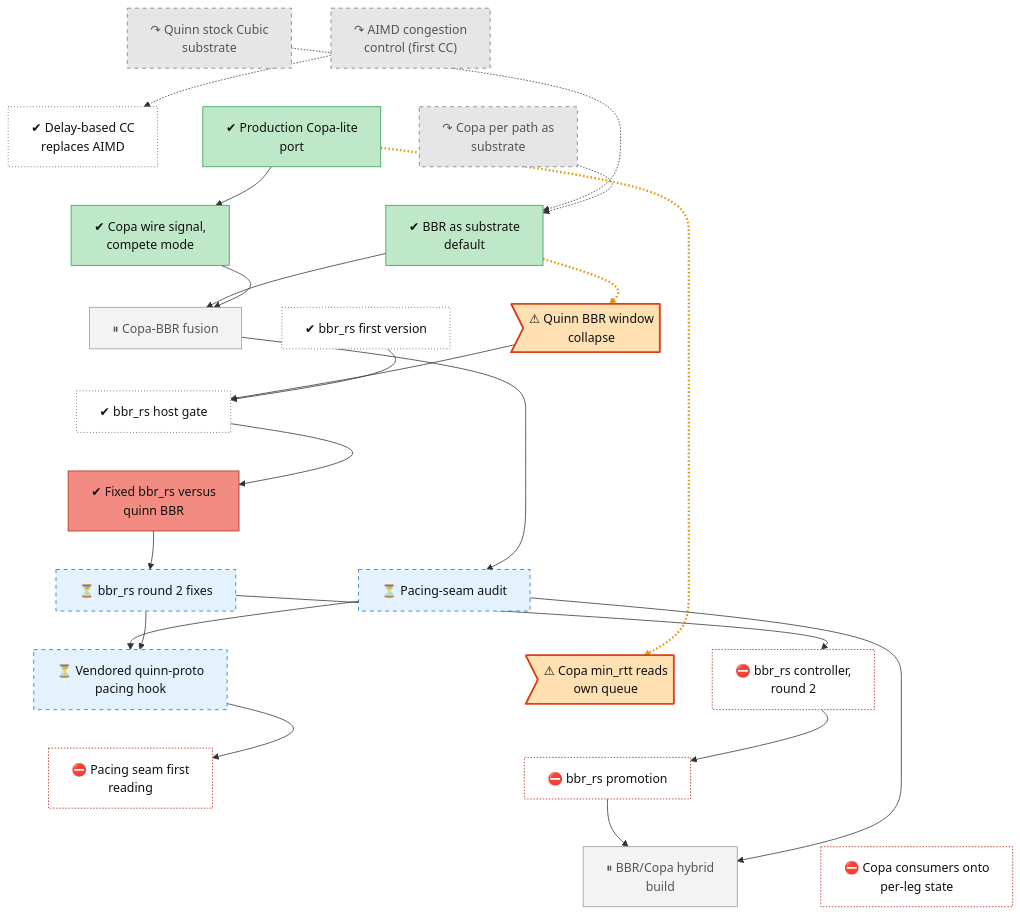
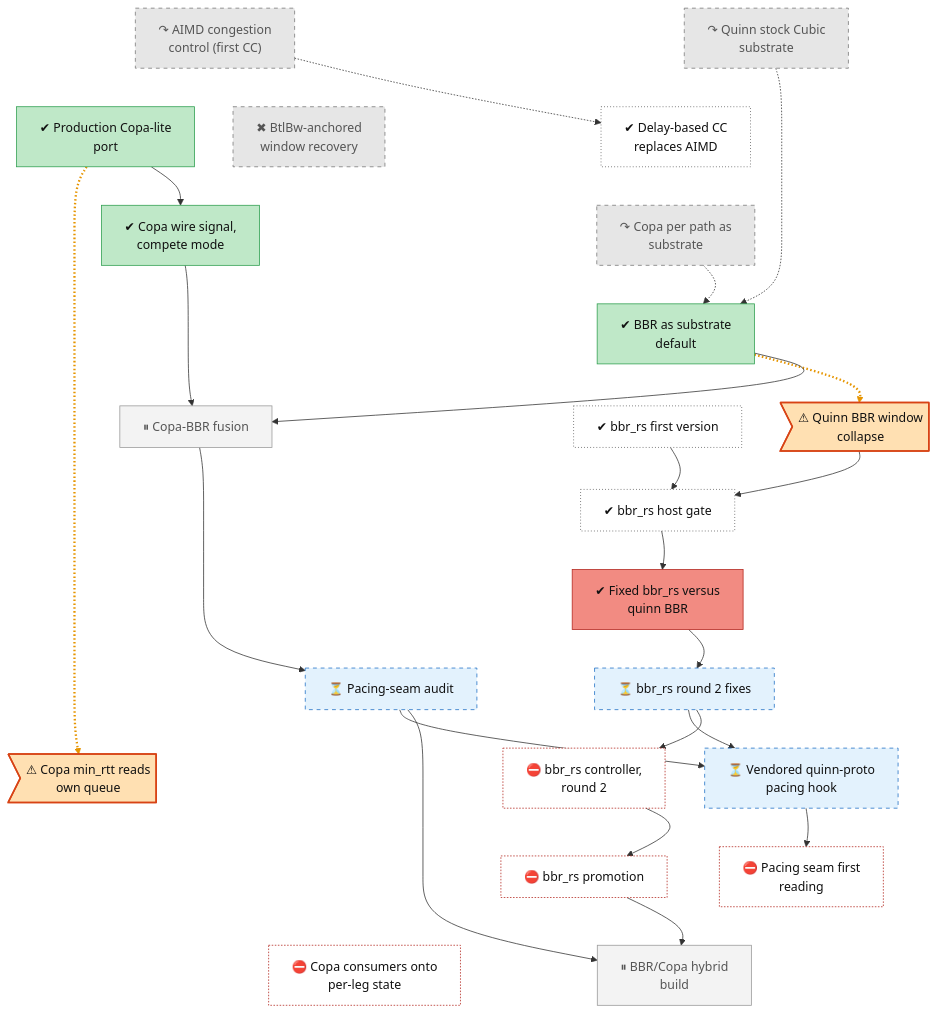
One commit to lhns/raptorpath changed the diagram in docs/roadmap/tracks/cc.md. Above: the diagram before and after it, drawn with Mermaid. The commit also changed other lines of this file and 11 other files, not shown here.

First line of the commit message:
roadmap: backfill pre-November history from the gap scan

```diff
--- a/docs/roadmap/tracks/cc.md
+++ b/docs/roadmap/tracks/cc.md
@@ -13,6 +13,7 @@
     cc_aimd_v1["↷ AIMD congestion<br/>control (first CC)"]
     cc_early_delay_cc["✔ Delay-based CC<br/>replaces AIMD"]
     cc_copa_lite["✔ Production Copa-lite<br/>port"]
+    cc_btlbw_recovery["✖ BtlBw-anchored<br/>window recovery"]
     cc_copa_sole_substrate["↷ Copa per path as<br/>substrate"]
     cc_copa_wire_signal["✔ Copa wire signal,<br/>compete mode"]
     cc_bbr_default["✔ BBR as substrate<br/>default"]
@@ -32,11 +33,13 @@
     cc_copa_consumers["⛔ Copa consumers onto<br/>per-leg state"]
     cc_cubic_substrate ~~~ cc_early_delay_cc
     cc_aimd_v1 ~~~ cc_copa_lite
-    cc_aimd_v1 ~~~ cc_copa_sole_substrate
-    cc_early_delay_cc ~~~ cc_copa_wire_signal
-    cc_copa_lite ~~~ cc_bbr_default
+    cc_aimd_v1 ~~~ cc_btlbw_recovery
+    cc_early_delay_cc ~~~ cc_copa_sole_substrate
+    cc_copa_lite ~~~ cc_copa_wire_signal
+    cc_btlbw_recovery ~~~ cc_copa_wire_signal
     cc_copa_sole_substrate ~~~ cc_bbr_default
-    cc_copa_wire_signal ~~~ cc_adr68_fusion
+    cc_copa_wire_signal ~~~ cc_bbr_default
+    cc_bbr_default ~~~ cc_adr68_fusion
     cc_bbr_default ~~~ cc_bbrrs_v1
     cc_bbr_default ~~~ cc_quinn_bbr_collapse
     cc_adr68_fusion ~~~ cc_s48_host_gate
@@ -73,7 +76,7 @@
     cc_s48d_session --> cc_bbrrs_promote
     cc_bbrrs_promote --> cc_hybrid
     cc_pacing_audit --> cc_hybrid
-    linkStyle 25,28 stroke:#e69500,stroke-width:3px,stroke-dasharray:2 3
+    linkStyle 27,30 stroke:#e69500,stroke-width:3px,stroke-dasharray:2 3
     classDef vsucc fill:#2e9e4f,stroke:#1b6b34,color:#fff
     classDef succ fill:#bfe8c8,stroke:#2e9e4f,color:#111
     classDef mixed fill:#ffd37a,stroke:#c98a00,color:#111
@@ -87,7 +90,7 @@
     classDef userdec fill:#d9c2f0,stroke:#7b3fb5,color:#111
     classDef defect fill:#ffe0b2,stroke:#d84315,stroke-width:2px,color:#111
     classDef waiting fill:#e3f2fd,stroke:#1f6fc5,stroke-dasharray:5 5,color:#111
-    class cc_cubic_substrate,cc_aimd_v1,cc_copa_sole_substrate dead
+    class cc_cubic_substrate,cc_aimd_v1,cc_btlbw_recovery,cc_copa_sole_substrate dead
     class cc_early_delay_cc,cc_bbrrs_v1,cc_s48_host_gate unrated
     class cc_copa_lite,cc_copa_wire_signal,cc_bbr_default succ
     class cc_adr68_fusion,cc_hybrid parked
```
